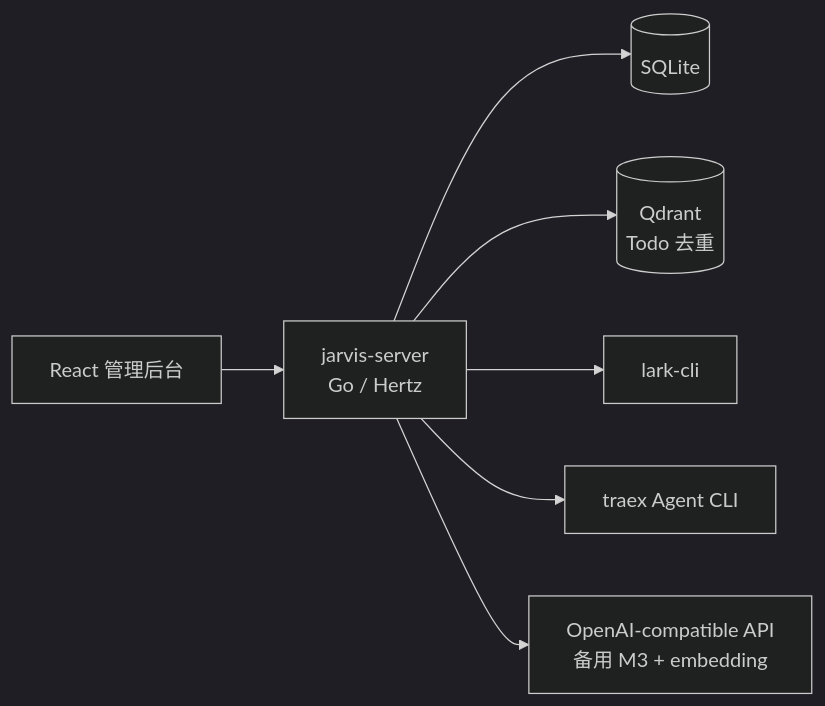
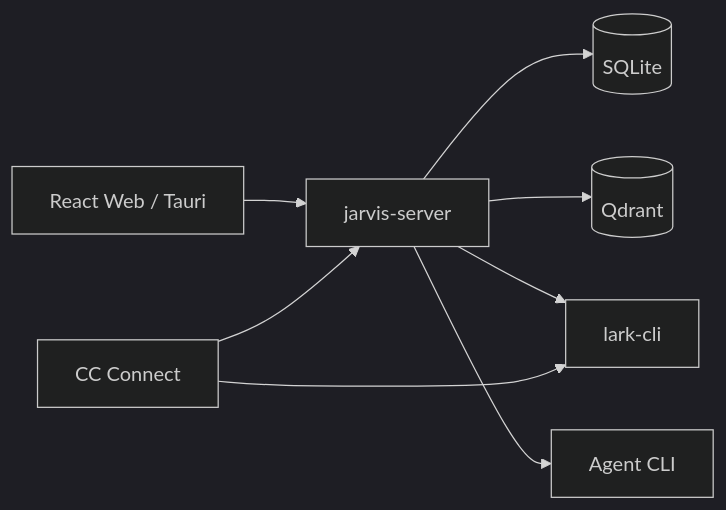
The first of 2 diagrams in docs/00-overview.md (mjscjj/jarvis), drawn with Mermaid (dark theme) before and after one commit. The commit also changed other lines of this file and 387 other files, not shown here.

````diff
--- a/docs/00-overview.md
+++ b/docs/00-overview.md
@@ -24,9 +20,10 @@
 ```mermaid
 flowchart LR
-    UI["React 管理后台"] --> API["jarvis-server\nGo / Hertz"]
-    API --> SQLITE[("SQLite")]
-    API --> QDRANT[("Qdrant\nTodo 去重")]
+    UI["React Web / Tauri"] --> API["jarvis-server"]
+    API --> DB[("SQLite")]
+    API --> VECTOR[("Qdrant")]
     API --> LARK["lark-cli"]
-    API --> AGENT["traex Agent CLI"]
-    API --> MODEL["OpenAI-compatible API\n备用 M3 + embedding"]
+    API --> AGENT["Agent CLI"]
+    CC["CC Connect"] --> API
+    CC --> LARK
 ```
````
